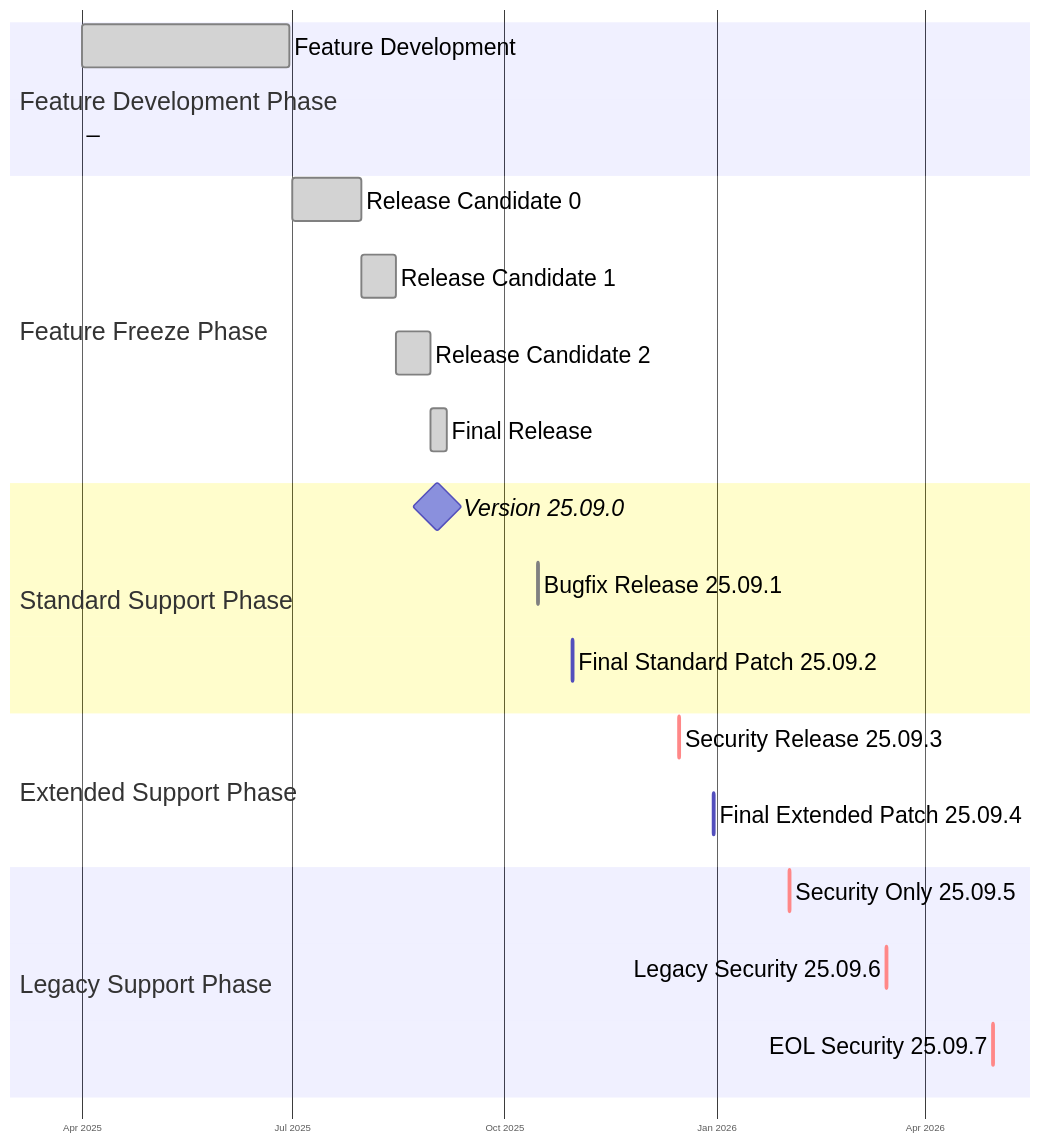
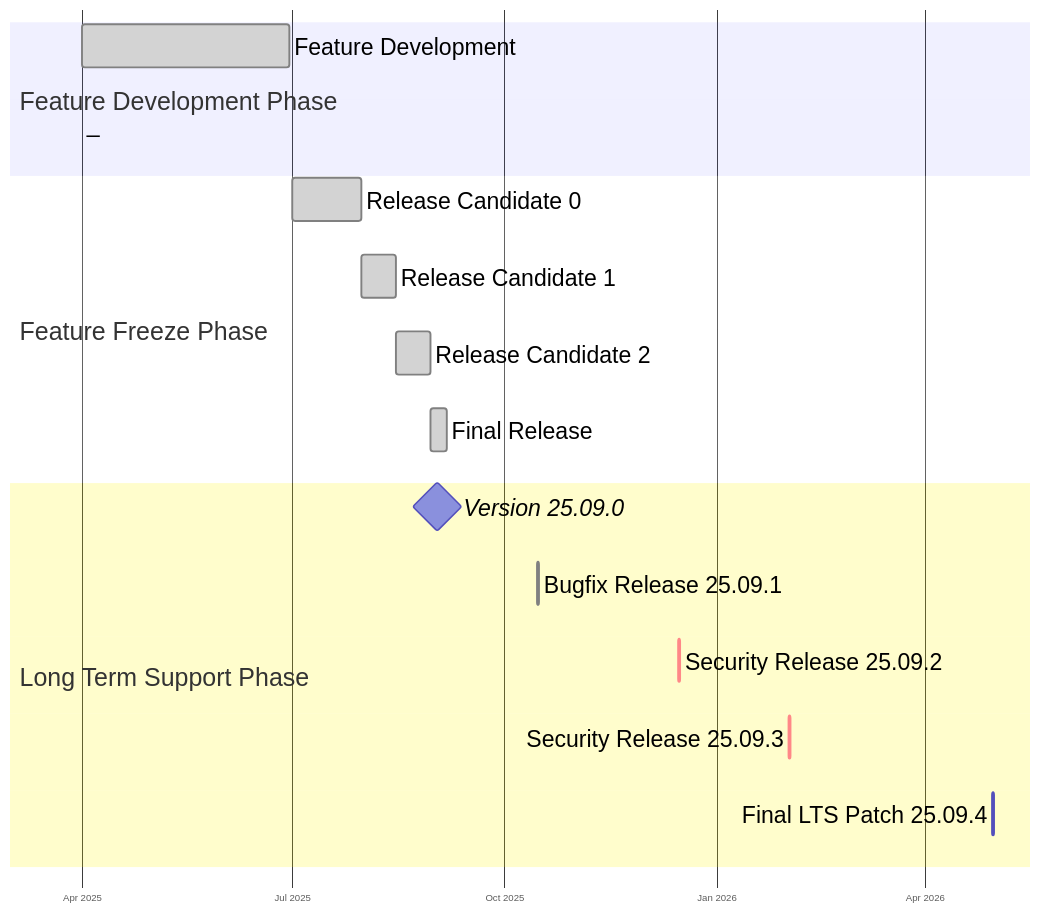
The third of 4 diagrams in docs/docusaurus/docs/reference/product_lifecycle_and_release_cadence.md (sequentech/step), drawn with Mermaid before and after one commit. The commit also changed other lines of this file and 1 other file, not shown here.

````diff
--- a/docs/docusaurus/docs/reference/product_lifecycle_and_release_cadence.md
+++ b/docs/docusaurus/docs/reference/product_lifecycle_and_release_cadence.md
@@ -314,70 +309,63 @@
 ```mermaid
 ---
 config:
     logLevel: 'debug'
     theme: 'default'
     themeCSS: " \n
         .taskText { font-size: 14px; font-weight: 500; }
         rect[id^=feat_dev] { fill: #2de8b9; stroke-width: 3px; stroke: #2de8b9; }
         text[id^=feat_dev] { fill: #0f054c !important; font-size: 20px; font-weight: 600; }
         text[id^=feat_blank] { opacity: 0; }
         rect[id^=rc_] { fill: #ff9500; stroke-width: 3px; stroke: #cc7700; }
         text[id^=rc_] { fill: #0f054c !important; font-size: 20px; font-weight: 600; }
         rect[id^=final_] { fill: #0f054c; stroke-width: 4px; stroke: #0a0339; }
         text[id^=final_] { fill: #0f054c !important; font-size: 22px; font-weight: 700; }
         rect[id^=patch_] { fill: #2de8b9; stroke-width: 3px; stroke: #24c7a0; }
         text[id^=patch_] { fill: #0f054c !important; font-size: 20px; font-weight: 600; }
         rect[id^=security_] { fill: #e63946; stroke-width: 4px; stroke: #d62828; }
         text[id^=security_] { fill: #0f054c !important; font-size: 20px; font-weight: 700; }
         .sectionTitle { stroke: white; paint-order: stroke fill; fill: #0f054c; stroke-width: 8px; font-size: 28px; }
         g[class=tick] text { font-size: 18px; }
 
         /*** section backgrounds ***/
         .section0 { fill: #2de8b9; opacity: 0.2; }
         .section1 { fill: #ff9500; opacity: 0.2; }
         .section2 { fill: #6666ff7d; opacity: 0.5; }
         .section3 { fill: #fff400; opacity: 0.2; stroke: none; }
         .section4 { fill: #ffcccc; opacity: 0.3; }
     "
 ---
 %%{init:
     {
         "gantt": {
             "sectionFontSize": 26,
             "fontSize": 24,
             "barGap": 35,
             "barHeight": 45,
             "topPadding": 70
         }
     }
 }%%
 gantt
     todayMarker off
     dateFormat  YYYY-MM-DD
     axisFormat  %b %Y
     tickInterval 3month
     
     section Feature Development Phase
     Feature Development     :done, feat_dev, 2025-04-01, 90d
     _                        :done, feat_blank, 2025-04-01, 0
     
     section Feature Freeze Phase
     Release Candidate 0     :done, rc_0, 2025-07-01, 30d
     Release Candidate 1     :done, rc_1, after rc_0, 15d
     Release Candidate 2     :done, rc_2, after rc_1, 15d
     Final Release           :done, final_release, after rc_2, 7d
 
-    section Standard Support Phase
+    section Long Term Support Phase
     Version 25.09.0         :milestone, 2025-09-02, 0d
     Bugfix Release 25.09.1  :done, patch_1, 2025-10-15, 1d
-    Final Standard Patch 25.09.2 :active, patch_2, 2025-10-30, 1d
-    
-    section Extended Support Phase
-    Security Release 25.09.3 :crit, sec3, 2025-12-15, 1d
-    Final Extended Patch 25.09.4 :active, patch_4, 2025-12-30, 1d
-    
-    section Legacy Support Phase
-    Security Only 25.09.5    :crit, sec5, 2026-02-01, 1d
-    Legacy Security 25.09.6   :crit, sec6, 2026-03-15, 1d
-    EOL Security 25.09.7     :crit, sec7, 2026-04-30, 1d
+    Security Release 25.09.2 :crit, sec2, 2025-12-15, 1d
+    Security Release 25.09.3 :crit, sec3, 2026-02-01, 1d
+    Final LTS Patch 25.09.4 :active, patch_4, 2026-04-30, 1d
 ```
````
